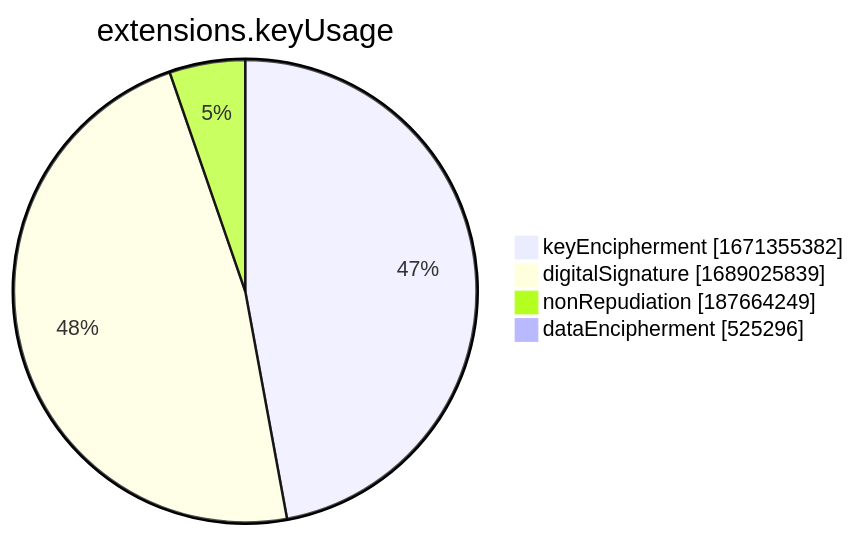
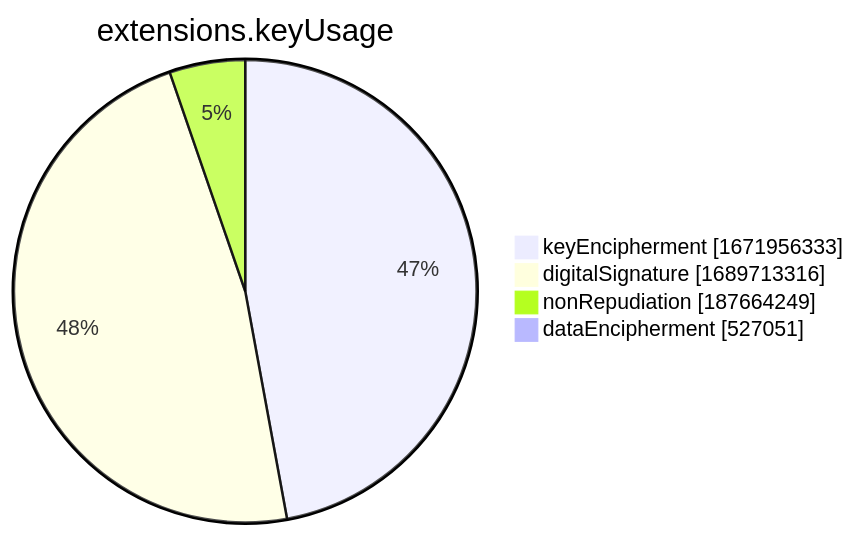
Before and after one commit to christiankrug/ctmonitor_visualization: the seventh of 15 diagrams in xenon2022/README.md, drawn with Mermaid. The commit also changed other lines of this file, not shown here.

````diff
--- a/xenon2022/README.md
+++ b/xenon2022/README.md
@@ -2857,8 +2857,8 @@
 ```mermaid
 pie showData
 title extensions.keyUsage
-"keyEncipherment" :1671355382
-"digitalSignature" :1689025839
+"keyEncipherment" :1671956333
+"digitalSignature" :1689713316
 "nonRepudiation" :187664249
-"dataEncipherment" :525296
+"dataEncipherment" :527051
 ```
````
